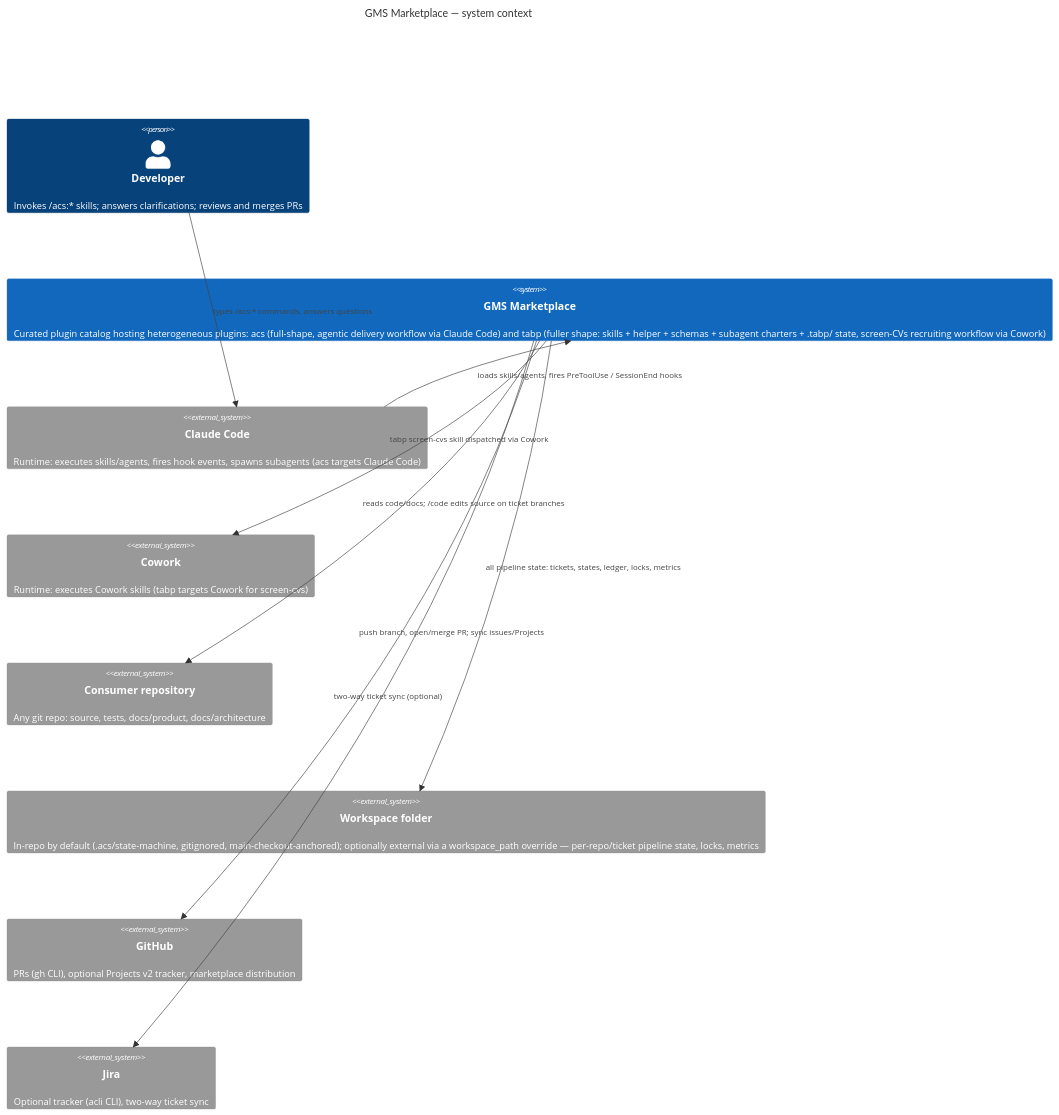
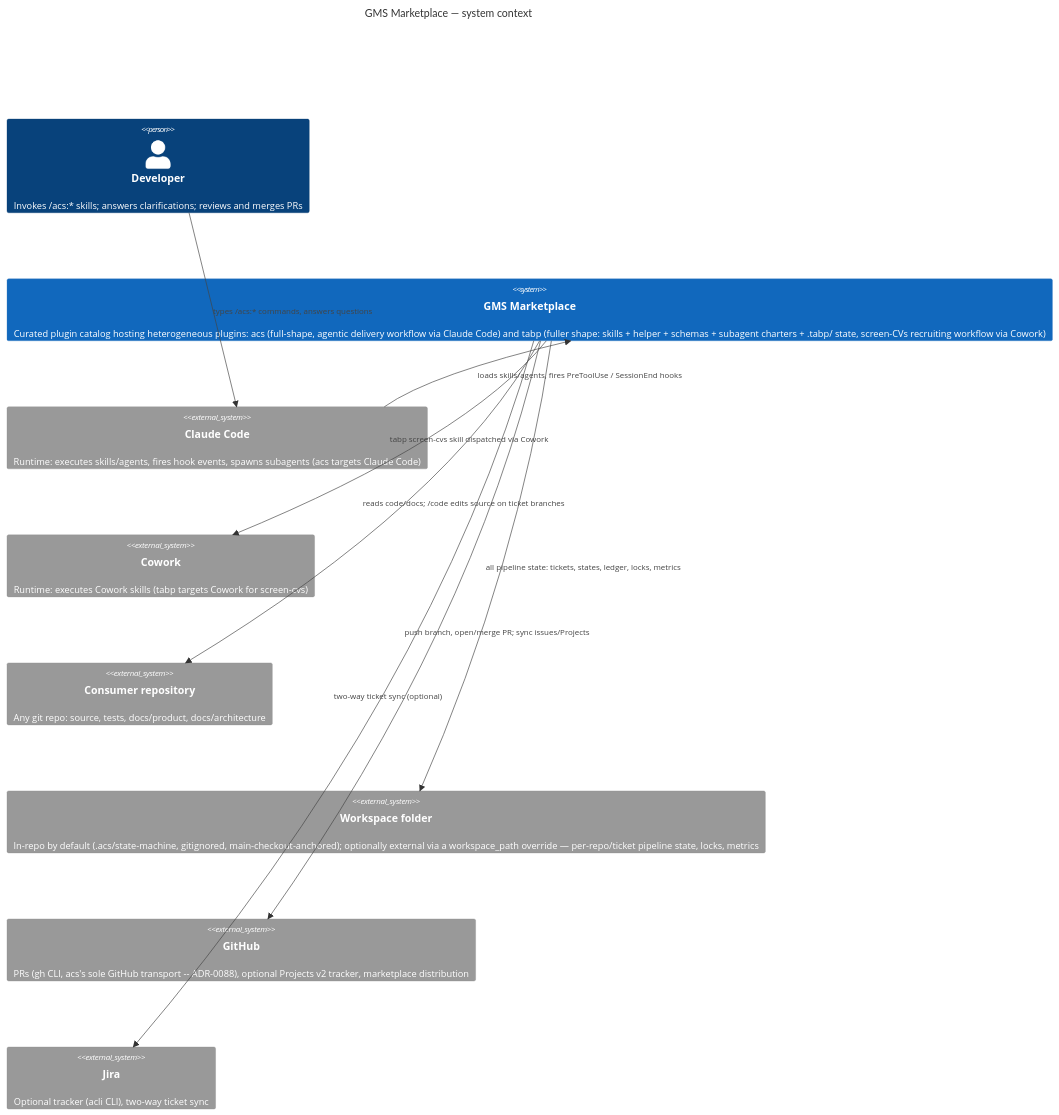
The diagram in docs/architecture/hld/c4-context.md (globalmindsolution/gms-marketplace), drawn with Mermaid before and after one commit. The commit also changed other lines of this file and 22 other files, not shown here.

````diff
--- a/docs/architecture/hld/c4-context.md
+++ b/docs/architecture/hld/c4-context.md
@@ -3,23 +3,23 @@
 ```mermaid
 C4Context
     title GMS Marketplace — system context
 
     Person(dev, "Developer", "Invokes /acs:* skills; answers clarifications; reviews and merges PRs")
 
     System(mkt, "GMS Marketplace", "Curated plugin catalog hosting heterogeneous plugins: acs (full-shape, agentic delivery workflow via Claude Code) and tabp (fuller shape: skills + helper + schemas + subagent charters + .tabp/ state, screen-CVs recruiting workflow via Cowork)")
 
     System_Ext(cc, "Claude Code", "Runtime: executes skills/agents, fires hook events, spawns subagents (acs targets Claude Code)")
     System_Ext(cowork, "Cowork", "Runtime: executes Cowork skills (tabp targets Cowork for screen-cvs)")
     System_Ext(repo, "Consumer repository", "Any git repo: source, tests, docs/product, docs/architecture")
     System_Ext(ws, "Workspace folder", "In-repo by default (.acs/state-machine, gitignored, main-checkout-anchored); optionally external via a workspace_path override — per-repo/ticket pipeline state, locks, metrics")
-    System_Ext(gh, "GitHub", "PRs (gh CLI), optional Projects v2 tracker, marketplace distribution")
+    System_Ext(gh, "GitHub", "PRs (gh CLI, acs's sole GitHub transport -- ADR-0088), optional Projects v2 tracker, marketplace distribution")
     System_Ext(jira, "Jira", "Optional tracker (acli CLI), two-way ticket sync")
 
     Rel(dev, cc, "types /acs:* commands, answers questions")
     Rel(cc, mkt, "loads skills/agents, fires PreToolUse / SessionEnd hooks")
     Rel(mkt, cowork, "tabp screen-cvs skill dispatched via Cowork")
     Rel(mkt, repo, "reads code/docs; /code edits source on ticket branches")
     Rel(mkt, ws, "all pipeline state: tickets, states, ledger, locks, metrics")
     Rel(mkt, gh, "push branch, open/merge PR; sync issues/Projects")
     Rel(mkt, jira, "two-way ticket sync (optional)")
 ```
````
